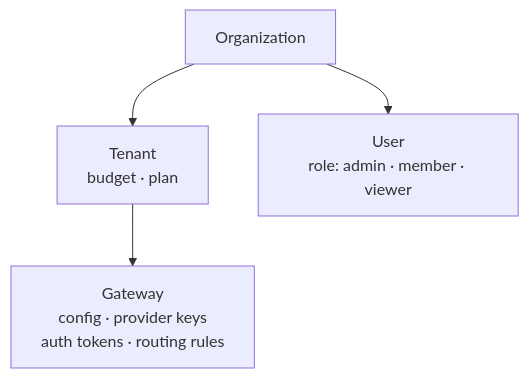
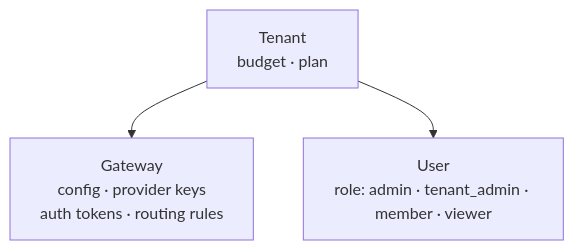
One commit to Myra-Security-GmbH/myraai-ios changed the diagram in docs/docs.md/concepts/multi-tenancy.md. Above: the diagram before and after it, drawn with Mermaid. The commit also changed other lines of this file and 30 other files, not shown here.

````diff
--- a/docs/docs.md/concepts/multi-tenancy.md
+++ b/docs/docs.md/concepts/multi-tenancy.md
@@ -15,7 +15,6 @@
 ```mermaid
 graph TD
-    O[Organization]
-    O --> T["Tenant<br/>budget · plan"]
+    T["Tenant<br/>budget · plan"]
     T --> G["Gateway<br/>config · provider keys<br/>auth tokens · routing rules"]
-    O --> U["User<br/>role: admin · member · viewer"]
+    T --> U["User<br/>role: admin · tenant_admin · member · viewer"]
 ```
````
